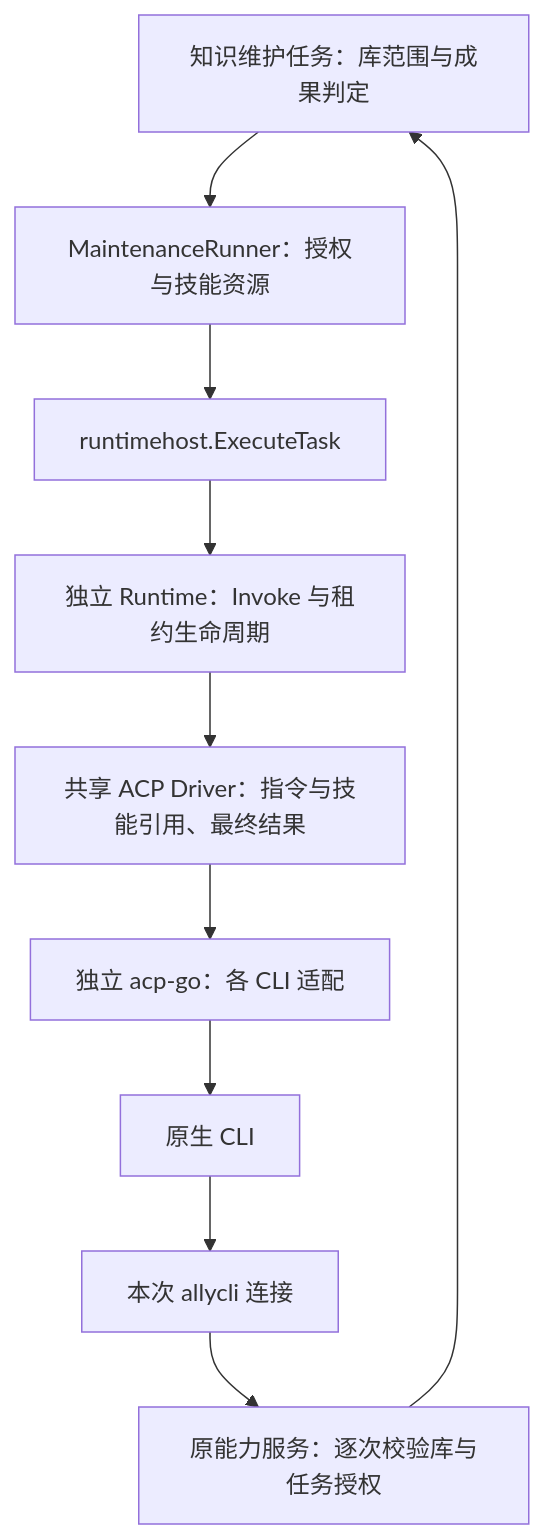
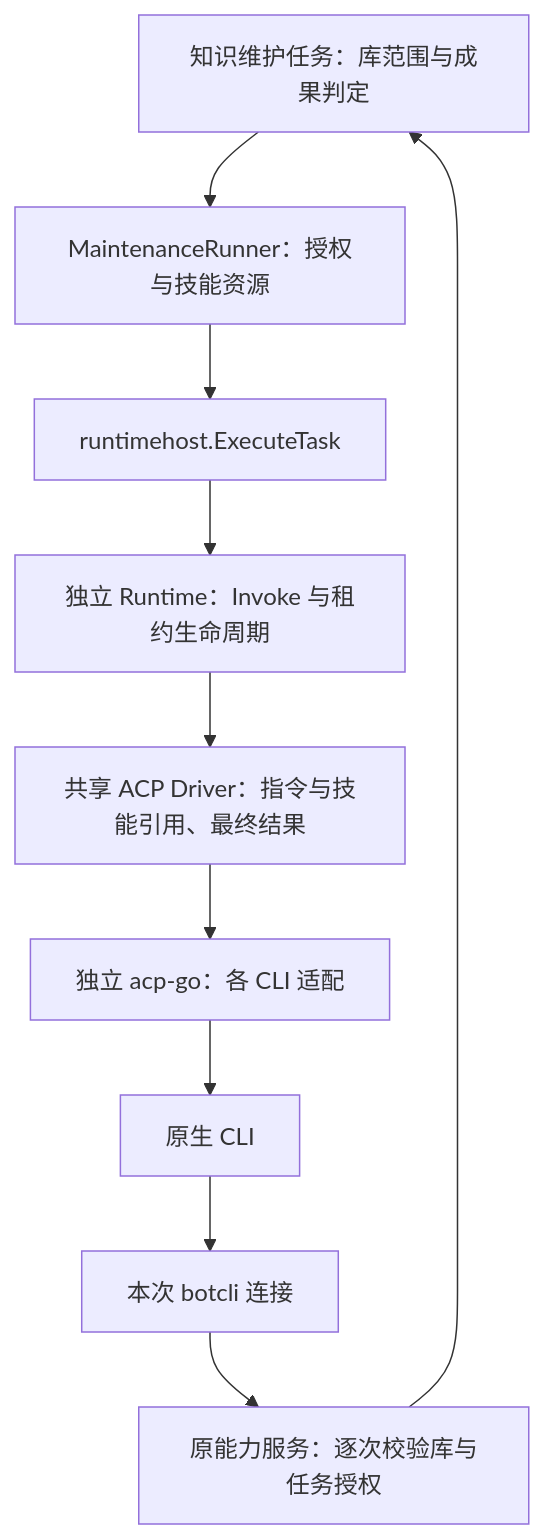
One commit to JieWaZi/NeuxBot changed the diagram in docs/discussions/agent-runtime-wiki-maintenance-plan-cn.md. Above: the diagram before and after it, drawn with Mermaid. The commit also changed 72 other files, not shown here.

````diff
--- a/docs/discussions/agent-runtime-wiki-maintenance-plan-cn.md
+++ b/docs/discussions/agent-runtime-wiki-maintenance-plan-cn.md
@@ -13,12 +13,12 @@
 ```mermaid
 flowchart TB
     Job[知识维护任务：库范围与成果判定] --> Runner[MaintenanceRunner：授权与技能资源]
     Runner --> Host[runtimehost.ExecuteTask]
     Host --> Runtime[独立 Runtime：Invoke 与租约生命周期]
     Runtime --> Driver[共享 ACP Driver：指令与技能引用、最终结果]
     Driver --> ACP[独立 acp-go：各 CLI 适配]
     ACP --> CLI[原生 CLI]
-    CLI --> Ally[本次 allycli 连接]
-    Ally --> Grant[原能力服务：逐次校验库与任务授权]
+    CLI --> Bot[本次 botcli 连接]
+    Bot --> Grant[原能力服务：逐次校验库与任务授权]
     Grant --> Job
 ```
````
